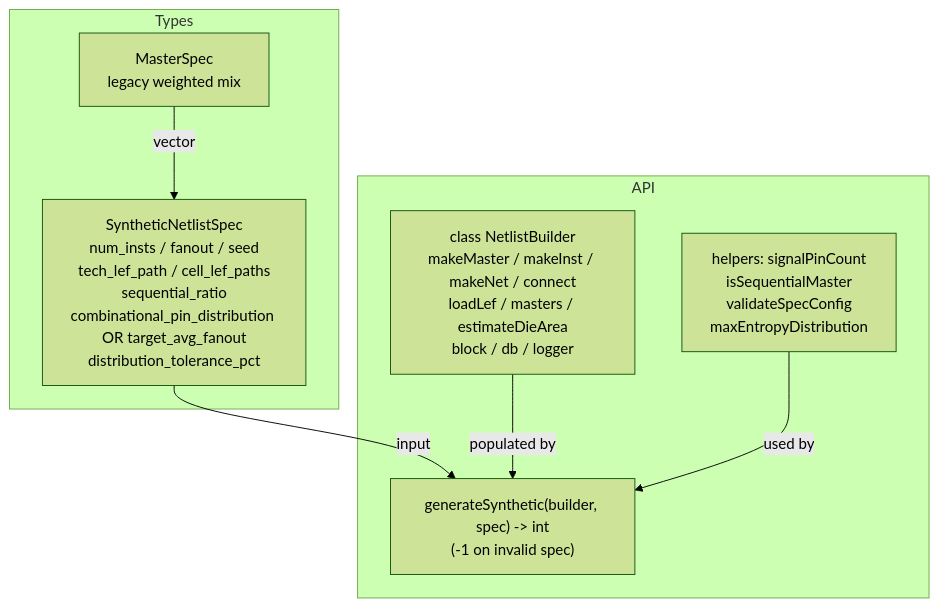
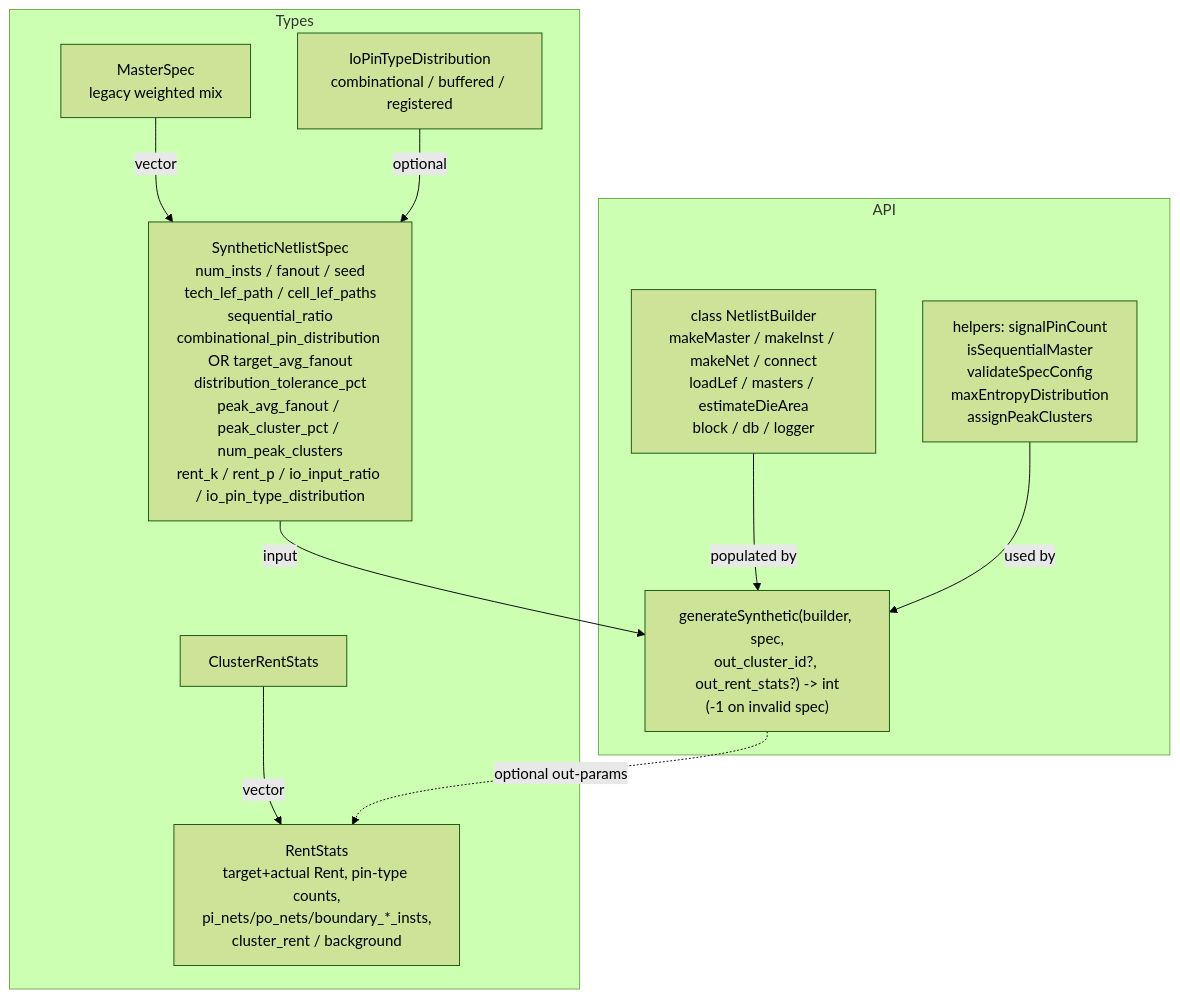
One commit to rfive88/eda-lab changed the first of 16 diagrams in src/engines/netlistgen/FLOW.md. Above: the diagram before and after it, drawn with Mermaid (forest theme). The commit also changed other lines of this file and 12 other files, not shown here.

````diff
--- a/src/engines/netlistgen/FLOW.md
+++ b/src/engines/netlistgen/FLOW.md
@@ -40,16 +58,22 @@
 ```mermaid
 graph TD
   subgraph Types
     MS[MasterSpec<br/>legacy weighted mix]
-    SP[SyntheticNetlistSpec<br/>num_insts / fanout / seed<br/>tech_lef_path / cell_lef_paths<br/>sequential_ratio<br/>combinational_pin_distribution OR target_avg_fanout<br/>distribution_tolerance_pct]
+    IOD[IoPinTypeDistribution<br/>combinational / buffered / registered]
+    SP[SyntheticNetlistSpec<br/>num_insts / fanout / seed<br/>tech_lef_path / cell_lef_paths<br/>sequential_ratio<br/>combinational_pin_distribution OR target_avg_fanout<br/>distribution_tolerance_pct<br/>peak_avg_fanout / peak_cluster_pct / num_peak_clusters<br/>rent_k / rent_p / io_input_ratio / io_pin_type_distribution]
     MS -->|"vector<MasterSpec>"| SP
+    IOD -->|"optional"| SP
+    CRS[ClusterRentStats]
+    RS[RentStats<br/>target+actual Rent, pin-type counts,<br/>pi_nets/po_nets/boundary_*_insts,<br/>cluster_rent / background]
+    CRS -->|"vector"| RS
   end
   subgraph API
     NB[class NetlistBuilder<br/>makeMaster / makeInst / makeNet / connect<br/>loadLef / masters / estimateDieArea<br/>block / db / logger]
-    GS["generateSynthetic(builder, spec) -> int<br/>(-1 on invalid spec)"]
-    H[helpers: signalPinCount<br/>isSequentialMaster<br/>validateSpecConfig<br/>maxEntropyDistribution]
+    GS["generateSynthetic(builder, spec,<br/>out_cluster_id?, out_rent_stats?) -> int<br/>(-1 on invalid spec)"]
+    H[helpers: signalPinCount<br/>isSequentialMaster<br/>validateSpecConfig<br/>maxEntropyDistribution<br/>assignPeakClusters]
   end
   SP -->|input| GS
   NB -->|populated by| GS
   H -->|used by| GS
+  GS -.->|"optional out-params"| RS
 ```
````
